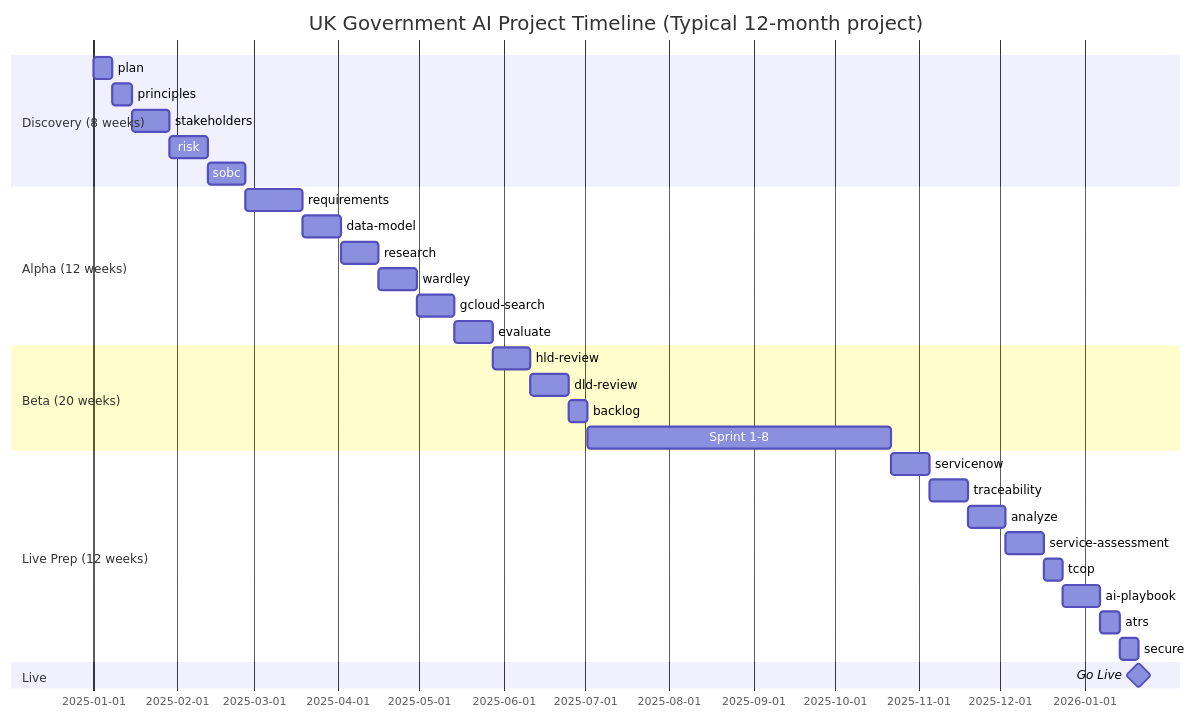
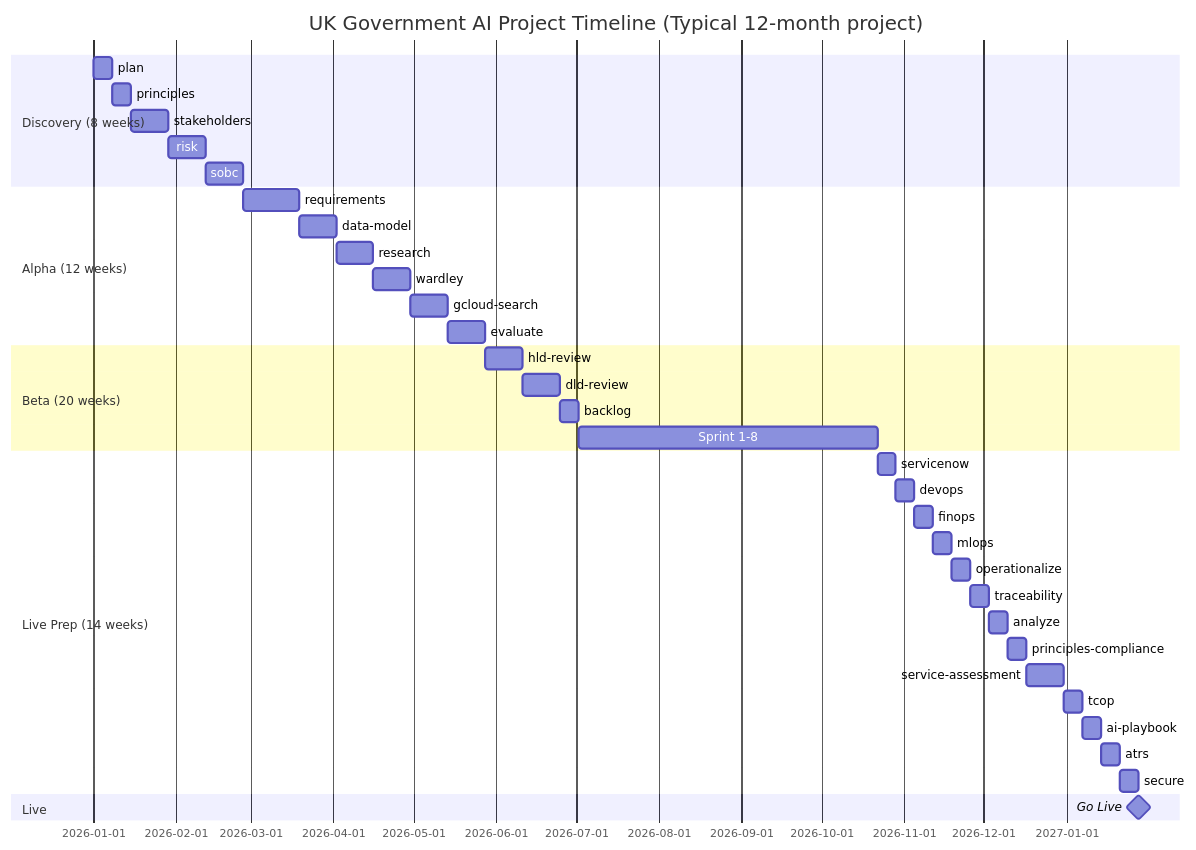
Before and after one commit to tractorjuice/arckit-test-project-v8-ons-data-platform: the sixth of 9 diagrams in WORKFLOW-DIAGRAMS.md, drawn with Mermaid. The commit also changed other lines of this file and 1 other file, not shown here.

Commit message:
chore: sync DEPENDENCY-MATRIX.md and WORKFLOW-DIAGRAMS.md from arc-kit

````diff
--- a/WORKFLOW-DIAGRAMS.md
+++ b/WORKFLOW-DIAGRAMS.md
@@ -543,34 +559,39 @@
 ```mermaid
 gantt
     title UK Government AI Project Timeline (Typical 12-month project)
     dateFormat YYYY-MM-DD
     section Discovery (8 weeks)
-    plan                    :a1, 2025-01-01, 1w
+    plan                    :a1, 2026-01-01, 1w
     principles              :a2, after a1, 1w
     stakeholders            :a3, after a2, 2w
     risk                    :a4, after a3, 2w
     sobc                    :a5, after a4, 2w
     section Alpha (12 weeks)
     requirements            :b1, after a5, 3w
     data-model              :b2, after b1, 2w
     research                :b3, after b2, 2w
     wardley                 :b4, after b3, 2w
     gcloud-search           :b5, after b4, 2w
     evaluate                :b6, after b5, 2w
     section Beta (20 weeks)
     hld-review              :c1, after b6, 2w
     dld-review              :c2, after c1, 2w
     backlog                 :c3, after c2, 1w
     Sprint 1-8              :c4, after c3, 16w
-    section Live Prep (12 weeks)
-    servicenow              :d1, after c4, 2w
-    traceability            :d2, after d1, 2w
-    analyze                 :d3, after d2, 2w
-    service-assessment      :d4, after d3, 2w
+    section Live Prep (14 weeks)
+    servicenow              :d1, after c4, 1w
+    devops                  :d1a, after d1, 1w
+    finops                  :d1b, after d1a, 1w
+    mlops                   :d1c, after d1b, 1w
+    operationalize          :d1d, after d1c, 1w
+    traceability            :d2, after d1d, 1w
+    analyze                 :d3, after d2, 1w
+    principles-compliance   :d3a, after d3, 1w
+    service-assessment      :d4, after d3a, 2w
     tcop                    :d5, after d4, 1w
-    ai-playbook             :d6, after d5, 2w
+    ai-playbook             :d6, after d5, 1w
     atrs                    :d7, after d6, 1w
     secure                  :d8, after d7, 1w
     section Live
     Go Live                 :milestone, after d8, 0d
 ```
````
